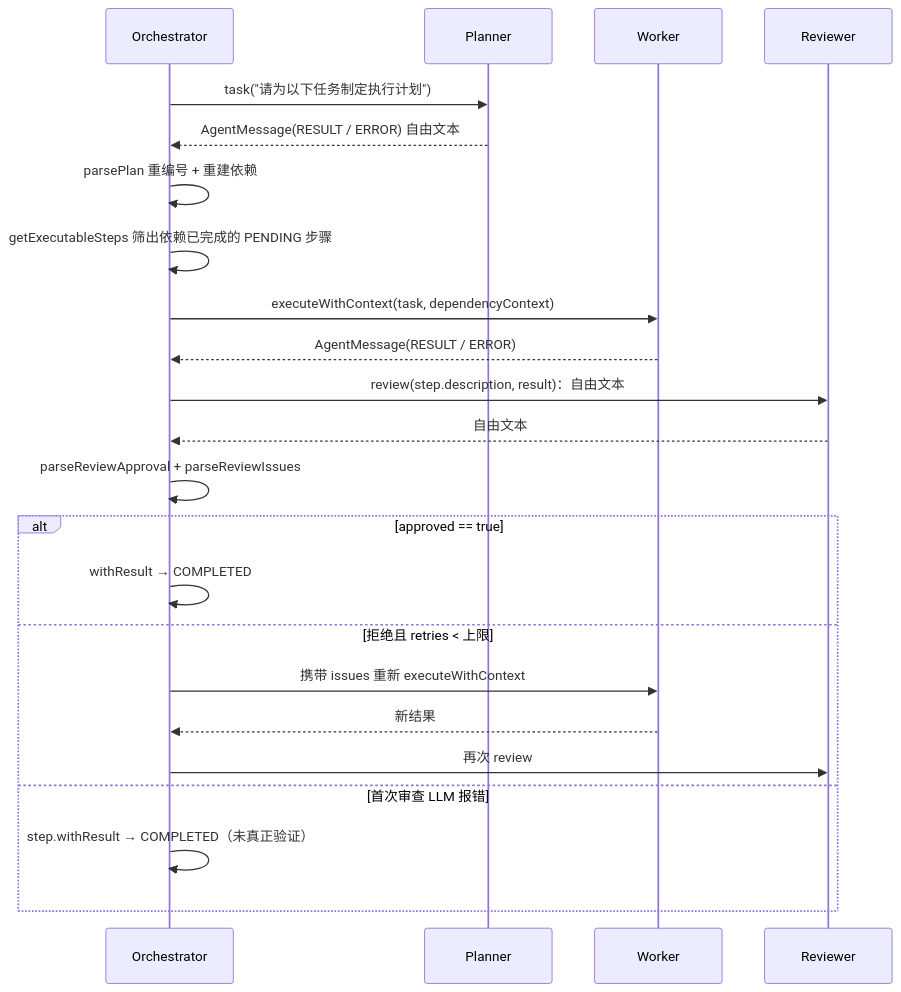
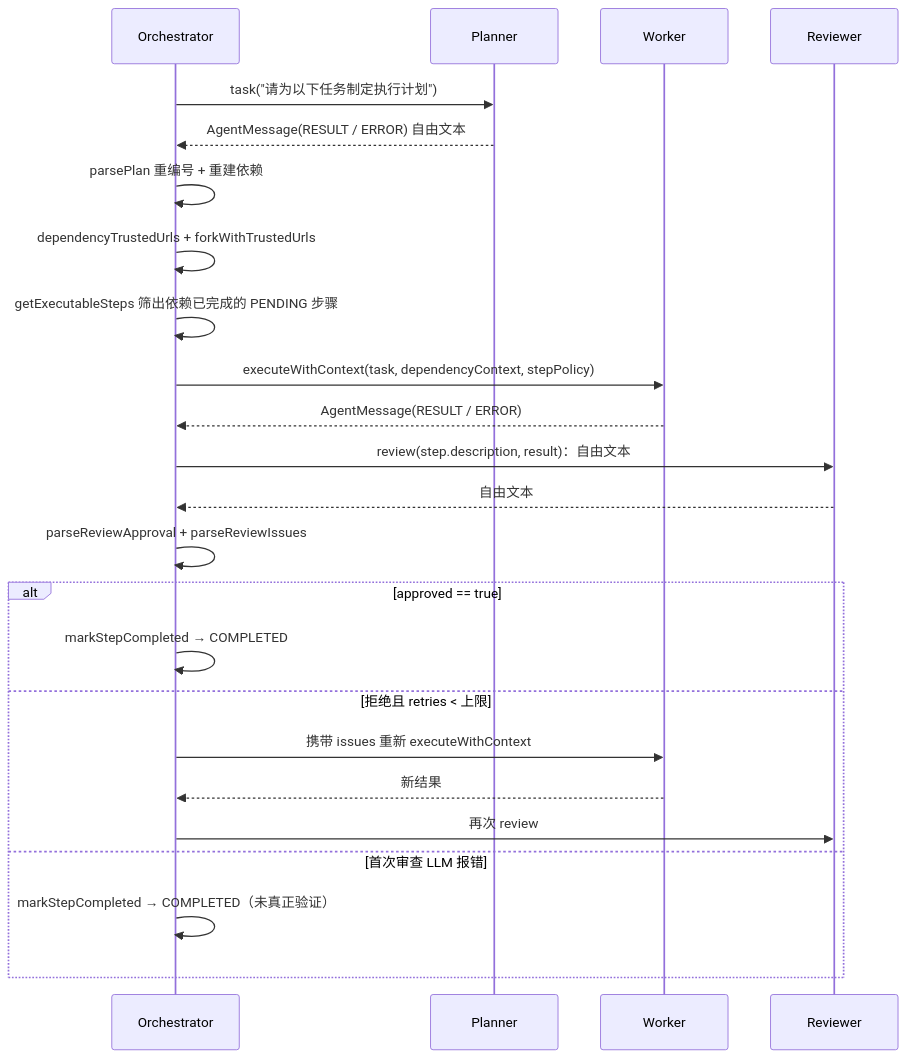
The second of 2 diagrams in docs/dev/03-multi-agent-collaboration.md (zgjdev/Code-Agent), drawn with Mermaid before and after one commit. The commit also changed other lines of this file and 5 other files, not shown here.

````diff
--- a/docs/dev/03-multi-agent-collaboration.md
+++ b/docs/dev/03-multi-agent-collaboration.md
@@ -58,26 +69,27 @@
 ```mermaid
 sequenceDiagram
     participant O as Orchestrator
     participant P as Planner
     participant W as Worker
     participant R as Reviewer
 
     O->>P: task("请为以下任务制定执行计划")
     P-->>O: AgentMessage(RESULT / ERROR) 自由文本
     O->>O: parsePlan 重编号 + 重建依赖
+    O->>O: dependencyTrustedUrls + forkWithTrustedUrls
     O->>O: getExecutableSteps 筛出依赖已完成的 PENDING 步骤
-    O->>W: executeWithContext(task, dependencyContext)
+    O->>W: executeWithContext(task, dependencyContext, stepPolicy)
     W-->>O: AgentMessage(RESULT / ERROR)
     O->>R: review(step.description, result)：自由文本
     R-->>O: 自由文本
     O->>O: parseReviewApproval + parseReviewIssues
     alt approved == true
-        O->>O: withResult → COMPLETED
+        O->>O: markStepCompleted → COMPLETED
     else 拒绝且 retries < 上限
         O->>W: 携带 issues 重新 executeWithContext
         W-->>O: 新结果
         O->>R: 再次 review
     else 首次审查 LLM 报错
-        O->>O: step.withResult → COMPLETED（未真正验证）
+        O->>O: markStepCompleted → COMPLETED（未真正验证）
     end
 ```
````
